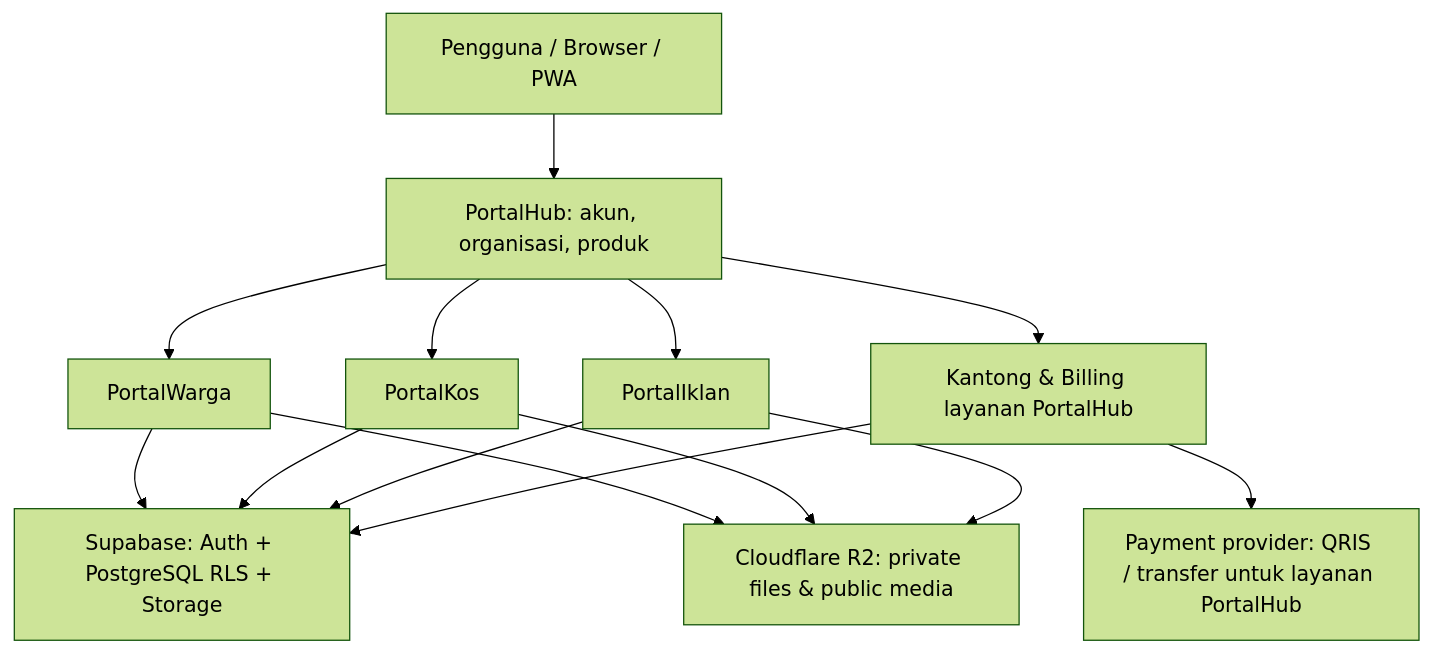
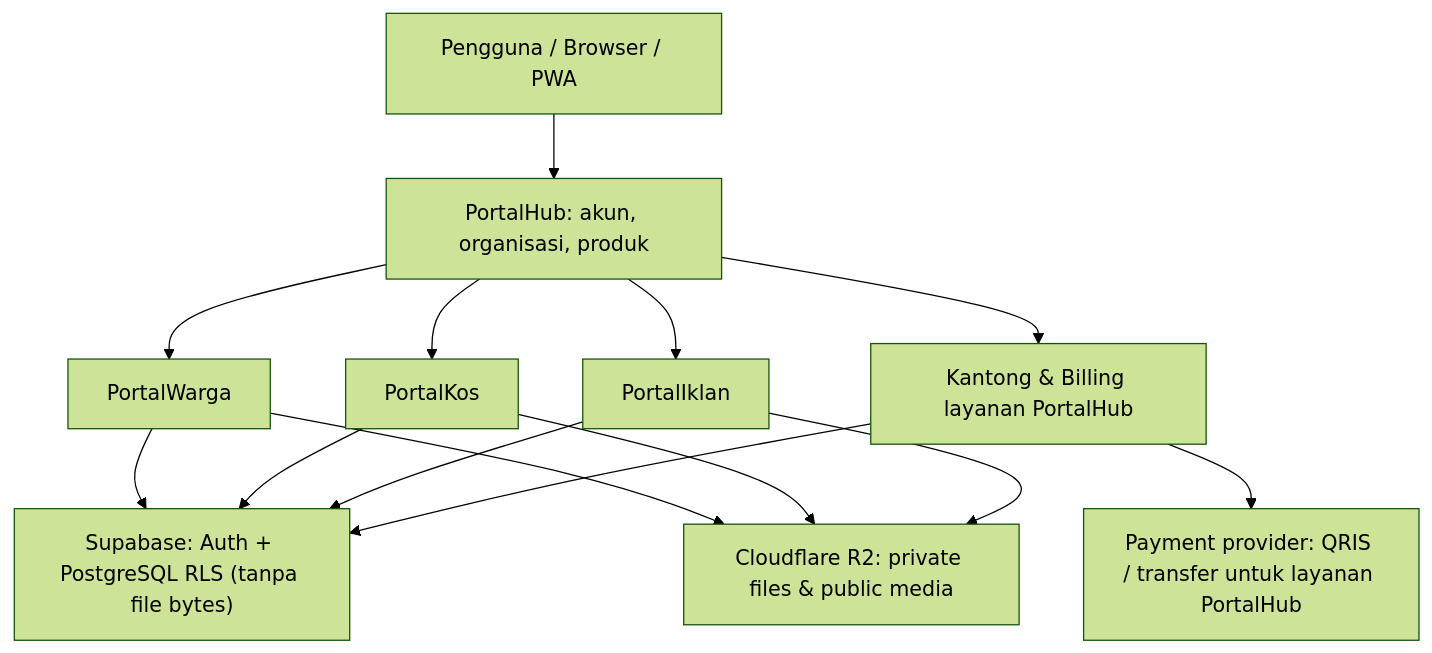
Before and after one commit to kodok-ijho/PortalHub: the first of 2 diagrams in README.md, drawn with Mermaid (forest theme). The commit also changed 16 other files, not shown here.

````diff
--- a/README.md
+++ b/README.md
@@ -23,16 +23,16 @@
 ```mermaid
 flowchart TB
     U["Pengguna / Browser / PWA"] --> HUB["PortalHub: akun, organisasi, produk"]
     HUB --> W["PortalWarga"]
     HUB --> K["PortalKos"]
     HUB --> I["PortalIklan"]
     HUB --> B["Kantong & Billing layanan PortalHub"]
-    W --> D["Supabase: Auth + PostgreSQL RLS + Storage"]
+    W --> D["Supabase: Auth + PostgreSQL RLS (tanpa file bytes)"]
     K --> D
     I --> D
     B --> D
     B --> P["Payment provider: QRIS / transfer untuk layanan PortalHub"]
     W --> R2["Cloudflare R2: private files & public media"]
     K --> R2
     I --> R2
 ```
````
